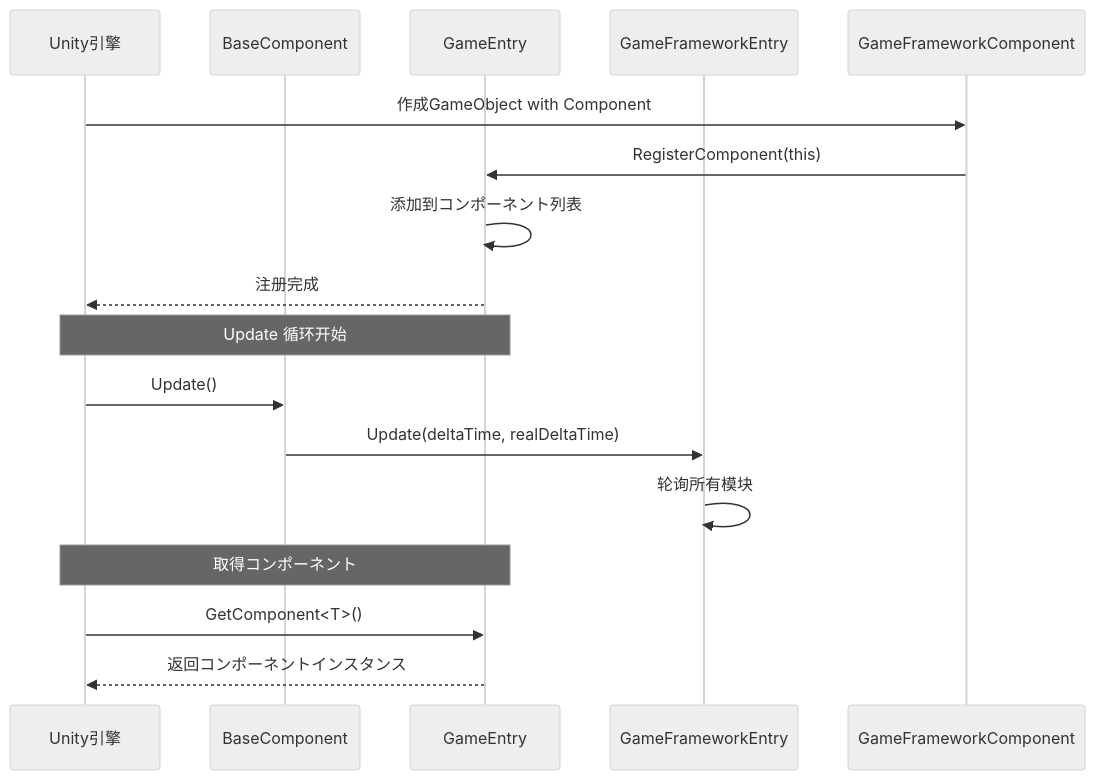
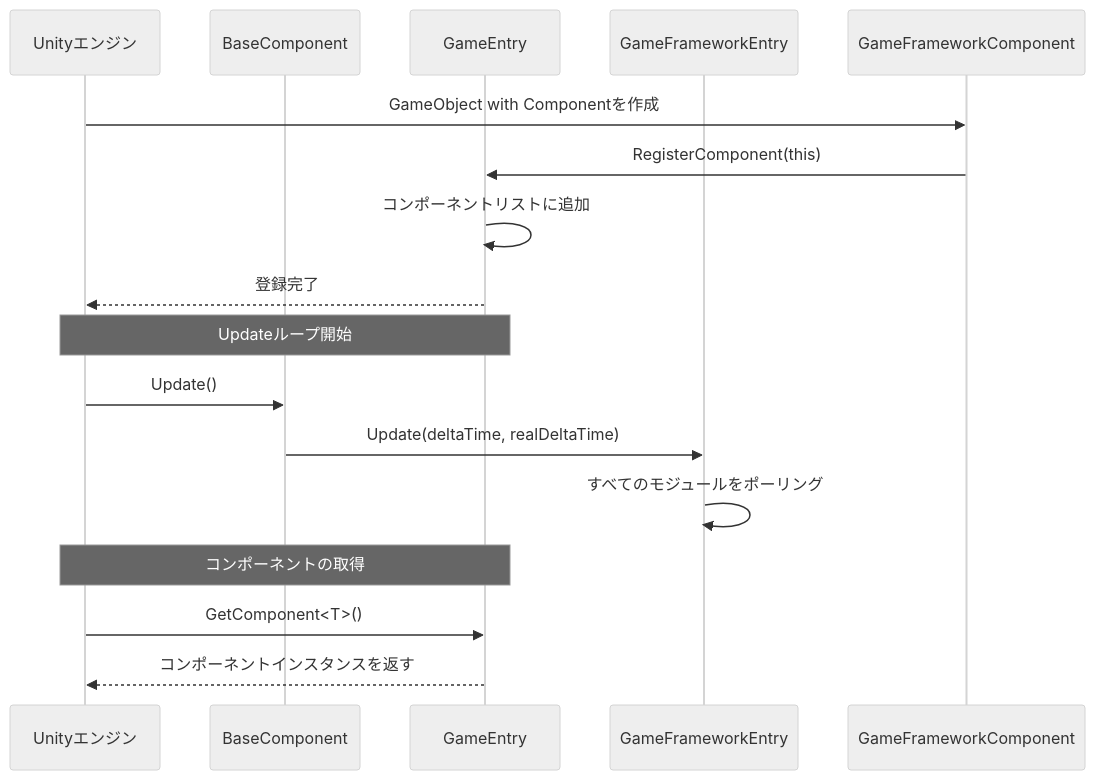
One commit to AlianBlank/GameFrameX.Docs changed the fourth of 4 diagrams in docs/ja/client/unity/component/core/05.base.md. Above: the diagram before and after it, drawn with Mermaid (neutral theme). The commit also changed other lines of this file and 320 other files, not shown here.

````diff
--- a/docs/ja/client/unity/component/core/05.base.md
+++ b/docs/ja/client/unity/component/core/05.base.md
@@ -112,22 +112,22 @@
 ```mermaid
 sequenceDiagram
-    participant Unity as Unity引擎
+    participant Unity as Unityエンジン
     participant BC as BaseComponent
     participant GE as GameEntry
     participant GFE as GameFrameworkEntry
     participant GFC as GameFrameworkComponent
 
-    Unity->>GFC: 作成GameObject with Component
+    Unity->>GFC: GameObject with Componentを作成
     GFC->>GE: RegisterComponent(this)
-    GE->>GE: 添加到コンポーネント列表
-    GE-->>Unity: 注册完成
+    GE->>GE: コンポーネントリストに追加
+    GE-->>Unity: 登録完了
 
-    Note over Unity,GE: Update 循环开始
+    Note over Unity,GE: Updateループ開始
     Unity->>BC: Update()
     BC->>GFE: Update(deltaTime, realDeltaTime)
-    GFE->>GFE: 轮询所有模块
+    GFE->>GFE: すべてのモジュールをポーリング
 
-    Note over Unity,GE: 取得コンポーネント
+    Note over Unity,GE: コンポーネントの取得
     Unity->>GE: GetComponent<T>()
-    GE-->>Unity: 返回コンポーネントインスタンス
+    GE-->>Unity: コンポーネントインスタンスを返す
 ```
````
